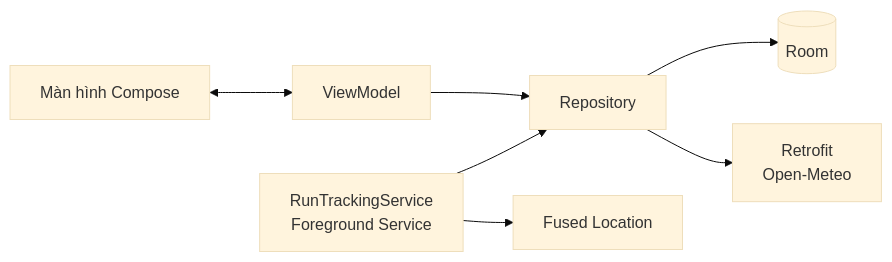
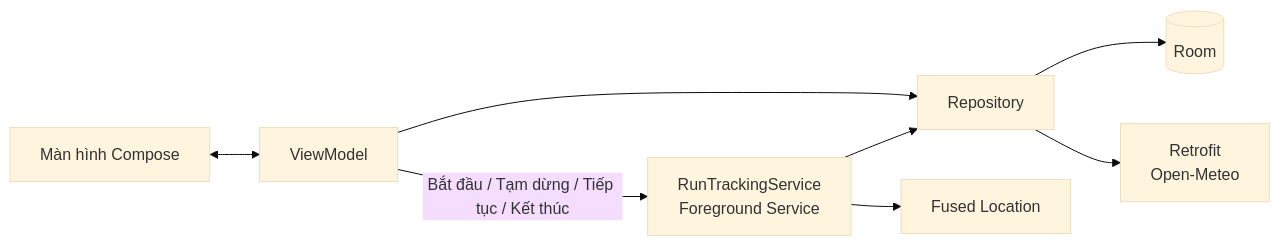
Before and after one commit to Nha-Cong-Dong/RunMate: the ninth of 10 diagrams in docs/SPEC.md, drawn with Mermaid (base theme). The commit also changed other lines of this file, not shown here.

````diff
--- a/docs/SPEC.md
+++ b/docs/SPEC.md
@@ -583,9 +602,10 @@
 ```mermaid
 flowchart LR
     UI[Màn hình Compose] <--> VM[ViewModel]
     VM --> RP[Repository]
+    VM -- Bắt đầu / Tạm dừng / Tiếp tục / Kết thúc --> SVC
     SVC[RunTrackingService<br/>Foreground Service] --> RP
     RP --> DB[(Room)]
     RP --> API[Retrofit<br/>Open-Meteo]
     SVC --> LOC[Fused Location]
 ```
````
